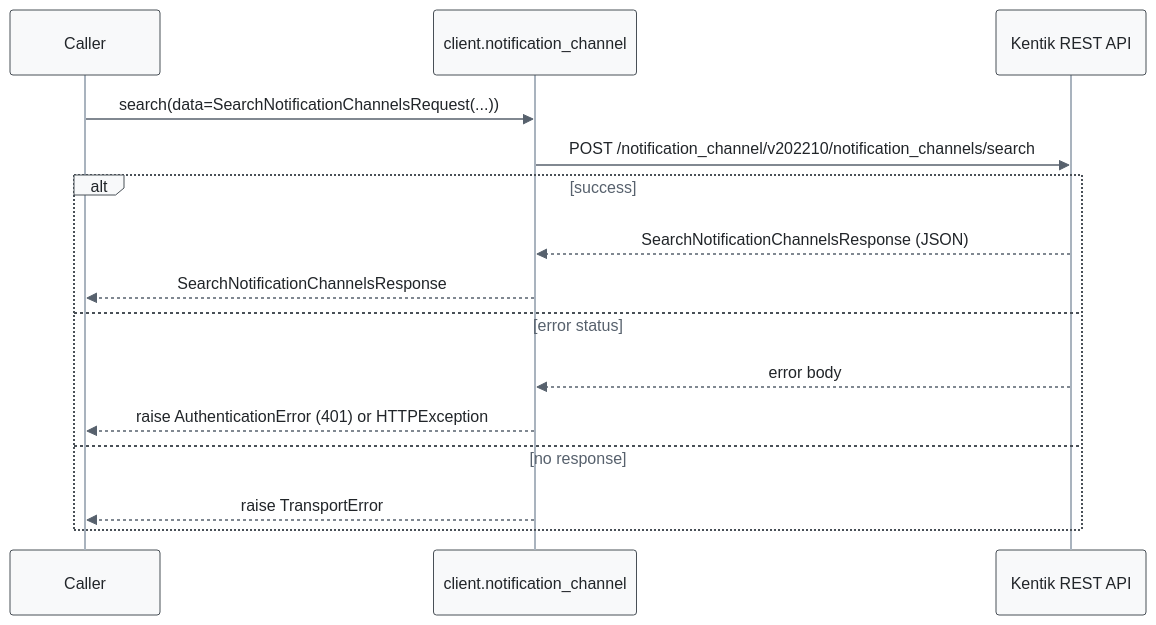
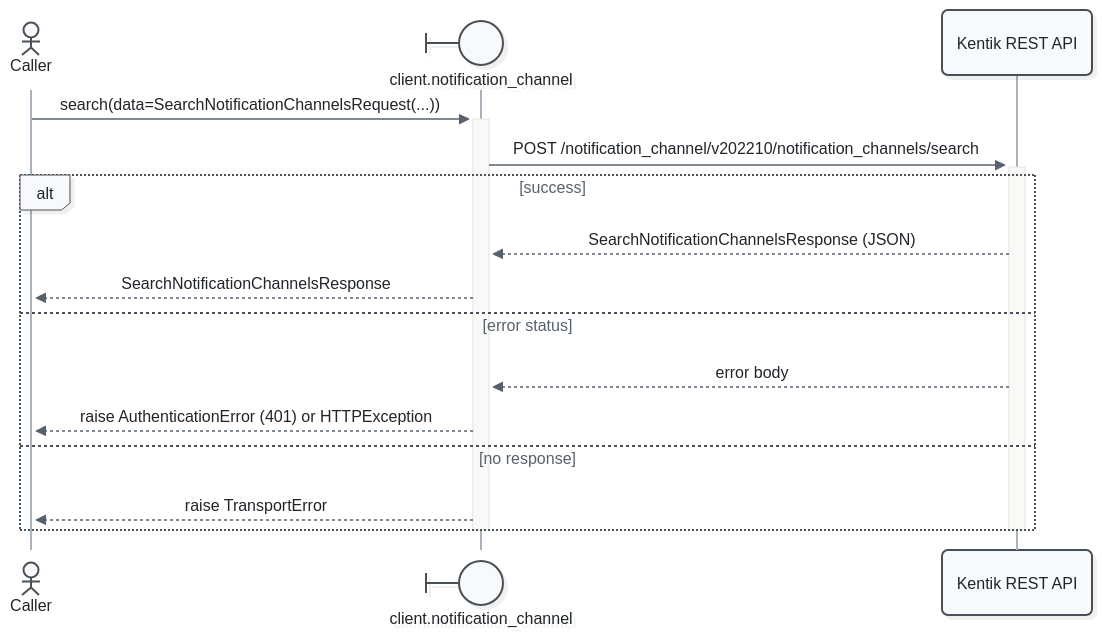
One commit to alexdearaujo/community_sdk_python changed the third of 7 diagrams in docs/sphinx/services/notification_channel.md. Above: the diagram before and after it, drawn with Mermaid. The commit also changed other lines of this file and 52 other files, not shown here.

First line of the commit message:
docs: Mermaid 12 sequence diagrams with participant types and path colors

````diff
--- a/docs/sphinx/services/notification_channel.md
+++ b/docs/sphinx/services/notification_channel.md
@@ -103,19 +108,21 @@
 ```mermaid
-%%{init: {"theme": "base", "fontFamily": "ui-monospace, SFMono-Regular, Menlo, monospace", "themeVariables": {"fontFamily": "ui-monospace, SFMono-Regular, Menlo, monospace", "primaryColor": "#f8f9fa", "primaryBorderColor": "#495057", "primaryTextColor": "#212529", "textColor": "#212529", "lineColor": "#77818c", "edgeLabelBackground": "#ffffff", "actorBkg": "#f8f9fa", "actorBorder": "#495057", "actorTextColor": "#212529", "actorLineColor": "#a9b3be", "signalColor": "#57616d", "signalTextColor": "#212529", "labelBoxBkgColor": "#f8f9fa", "labelBoxBorderColor": "#495057", "labelTextColor": "#212529", "loopTextColor": "#57616d", "noteBkgColor": "#fff9db", "noteBorderColor": "#f08c00", "noteTextColor": "#a35a00"}, "flowchart": {"curve": "step", "nodeSpacing": 30, "rankSpacing": 70, "wrappingWidth": 400}}}%%
+%%{init: {"theme": "redux", "look": "neo", "layout": "dagre", "fontFamily": "ui-monospace, SFMono-Regular, Menlo, monospace", "themeVariables": {"fontFamily": "ui-monospace, SFMono-Regular, Menlo, monospace", "primaryColor": "#f8f9fa", "primaryBorderColor": "#495057", "primaryTextColor": "#212529", "textColor": "#212529", "lineColor": "#77818c", "edgeLabelBackground": "#ffffff", "actorBkg": "#f8f9fa", "actorBorder": "#495057", "actorTextColor": "#212529", "actorLineColor": "#a9b3be", "signalColor": "#57616d", "signalTextColor": "#212529", "labelBoxBkgColor": "#f8f9fa", "labelBoxBorderColor": "#495057", "labelTextColor": "#212529", "loopTextColor": "#57616d", "noteBkgColor": "#fff9db", "noteBorderColor": "#f08c00", "noteTextColor": "#a35a00"}, "sequence": {"activationWidth": 16}, "flowchart": {"curve": "step", "nodeSpacing": 30, "rankSpacing": 70, "wrappingWidth": 400}}}%%
 sequenceDiagram
-    participant C as Caller
-    participant W as client.notification_channel
+    actor C as Caller
+    participant W@{ "type": "boundary" } as client.notification_channel
     participant API as Kentik REST API
 
-    C->>W: search(data=SearchNotificationChannelsRequest(...))
-    W->>API: POST /notification_channel/v202210/notification_channels/search
+    C->>+W: search(data=SearchNotificationChannelsRequest(...))
+    W->>+API: POST /notification_channel/v202210/notification_channels/search
     alt success
         API-->>W: SearchNotificationChannelsResponse (JSON)
         W-->>C: SearchNotificationChannelsResponse
     else error status
         API-->>W: error body
         W-->>C: raise AuthenticationError (401) or HTTPException
     else no response
         W-->>C: raise TransportError
     end
+    deactivate API
+    deactivate W
 ```
````
